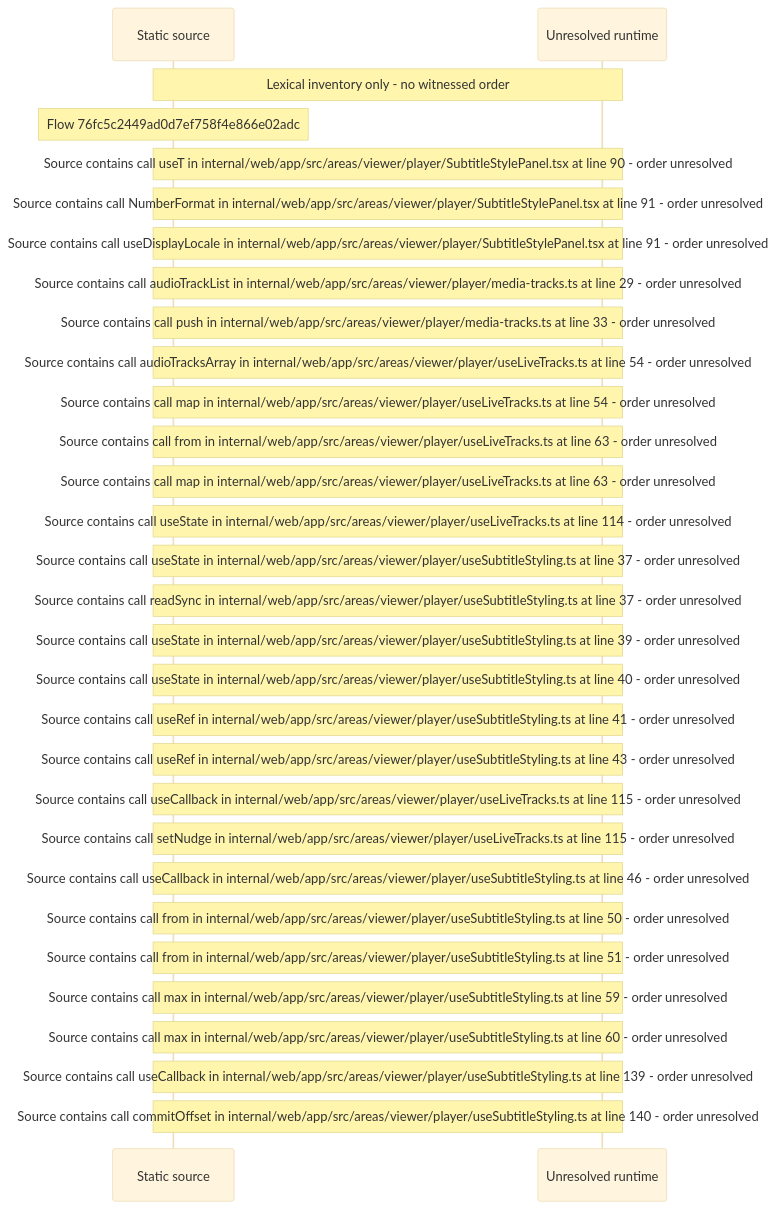
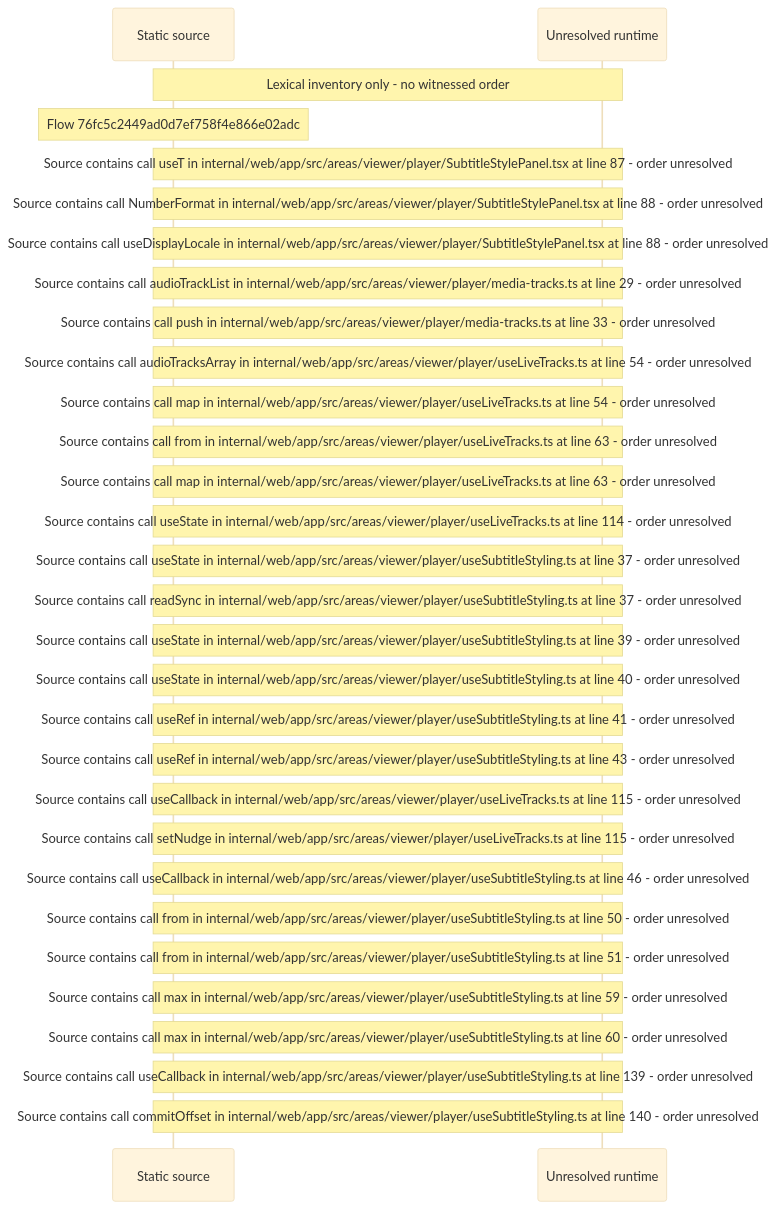
Before and after one commit to beamfall/core: the diagram in docs/web/flows/generated/76fc5c2449ad0d7ef758f4e866e02adc/flow-diagram.md, drawn with Mermaid (base theme). The commit also changed other lines of this file and 715 other files, not shown here.

Commit message:
Regenerate the web flow record on the landing stack head (CORE-1762)

````diff
--- a/docs/web/flows/generated/76fc5c2449ad0d7ef758f4e866e02adc/flow-diagram.md
+++ b/docs/web/flows/generated/76fc5c2449ad0d7ef758f4e866e02adc/flow-diagram.md
@@ -10,32 +10,32 @@
 ```mermaid
 sequenceDiagram
     participant S as Static source
     participant U as Unresolved runtime
     Note over S,U: Lexical inventory only - no witnessed order
     Note over S: Flow 76fc5c2449ad0d7ef758f4e866e02adc
-    Note over S,U: Source contains call useT in internal/web/app/src/areas/viewer/player/SubtitleStylePanel.tsx at line 90 - order unresolved
-    Note over S,U: Source contains call NumberFormat in internal/web/app/src/areas/viewer/player/SubtitleStylePanel.tsx at line 91 - order unresolved
-    Note over S,U: Source contains call useDisplayLocale in internal/web/app/src/areas/viewer/player/SubtitleStylePanel.tsx at line 91 - order unresolved
+    Note over S,U: Source contains call useT in internal/web/app/src/areas/viewer/player/SubtitleStylePanel.tsx at line 87 - order unresolved
+    Note over S,U: Source contains call NumberFormat in internal/web/app/src/areas/viewer/player/SubtitleStylePanel.tsx at line 88 - order unresolved
+    Note over S,U: Source contains call useDisplayLocale in internal/web/app/src/areas/viewer/player/SubtitleStylePanel.tsx at line 88 - order unresolved
     Note over S,U: Source contains call audioTrackList in internal/web/app/src/areas/viewer/player/media-tracks.ts at line 29 - order unresolved
     Note over S,U: Source contains call push in internal/web/app/src/areas/viewer/player/media-tracks.ts at line 33 - order unresolved
     Note over S,U: Source contains call audioTracksArray in internal/web/app/src/areas/viewer/player/useLiveTracks.ts at line 54 - order unresolved
     Note over S,U: Source contains call map in internal/web/app/src/areas/viewer/player/useLiveTracks.ts at line 54 - order unresolved
     Note over S,U: Source contains call from in internal/web/app/src/areas/viewer/player/useLiveTracks.ts at line 63 - order unresolved
     Note over S,U: Source contains call map in internal/web/app/src/areas/viewer/player/useLiveTracks.ts at line 63 - order unresolved
     Note over S,U: Source contains call useState in internal/web/app/src/areas/viewer/player/useLiveTracks.ts at line 114 - order unresolved
     Note over S,U: Source contains call useState in internal/web/app/src/areas/viewer/player/useSubtitleStyling.ts at line 37 - order unresolved
     Note over S,U: Source contains call readSync in internal/web/app/src/areas/viewer/player/useSubtitleStyling.ts at line 37 - order unresolved
     Note over S,U: Source contains call useState in internal/web/app/src/areas/viewer/player/useSubtitleStyling.ts at line 39 - order unresolved
     Note over S,U: Source contains call useState in internal/web/app/src/areas/viewer/player/useSubtitleStyling.ts at line 40 - order unresolved
     Note over S,U: Source contains call useRef in internal/web/app/src/areas/viewer/player/useSubtitleStyling.ts at line 41 - order unresolved
     Note over S,U: Source contains call useRef in internal/web/app/src/areas/viewer/player/useSubtitleStyling.ts at line 43 - order unresolved
     Note over S,U: Source contains call useCallback in internal/web/app/src/areas/viewer/player/useLiveTracks.ts at line 115 - order unresolved
     Note over S,U: Source contains call setNudge in internal/web/app/src/areas/viewer/player/useLiveTracks.ts at line 115 - order unresolved
     Note over S,U: Source contains call useCallback in internal/web/app/src/areas/viewer/player/useSubtitleStyling.ts at line 46 - order unresolved
     Note over S,U: Source contains call from in internal/web/app/src/areas/viewer/player/useSubtitleStyling.ts at line 50 - order unresolved
     Note over S,U: Source contains call from in internal/web/app/src/areas/viewer/player/useSubtitleStyling.ts at line 51 - order unresolved
     Note over S,U: Source contains call max in internal/web/app/src/areas/viewer/player/useSubtitleStyling.ts at line 59 - order unresolved
     Note over S,U: Source contains call max in internal/web/app/src/areas/viewer/player/useSubtitleStyling.ts at line 60 - order unresolved
     Note over S,U: Source contains call useCallback in internal/web/app/src/areas/viewer/player/useSubtitleStyling.ts at line 139 - order unresolved
     Note over S,U: Source contains call commitOffset in internal/web/app/src/areas/viewer/player/useSubtitleStyling.ts at line 140 - order unresolved
 ```
````
